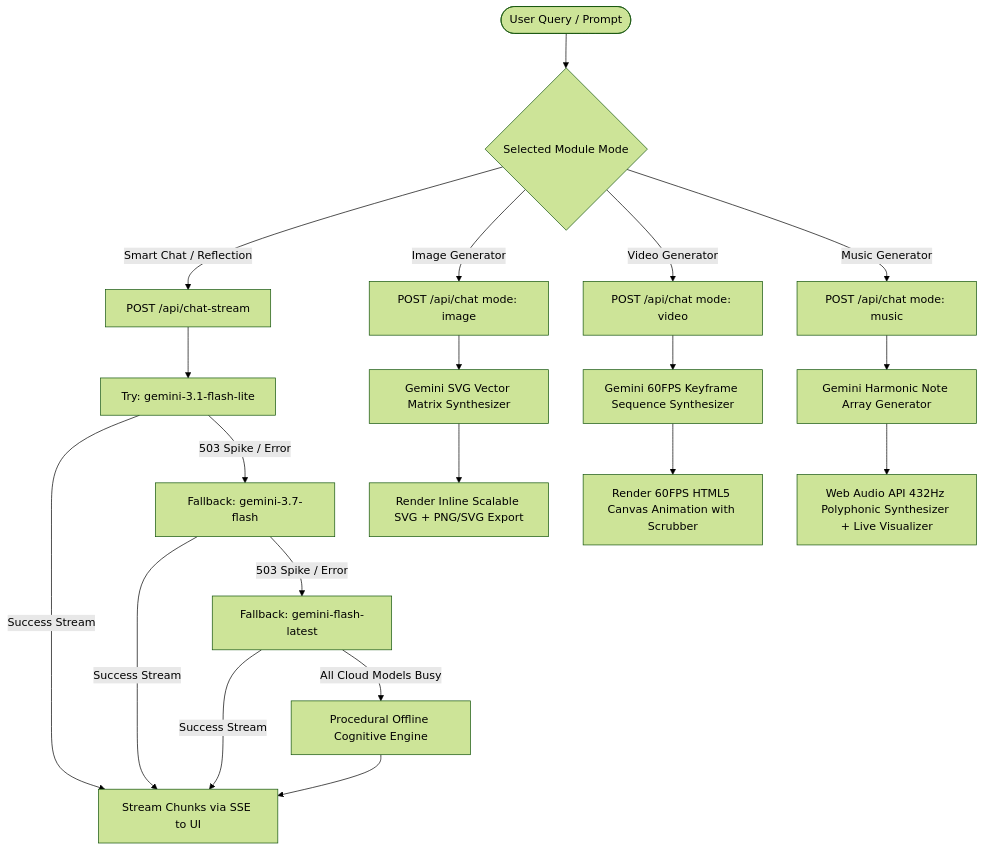
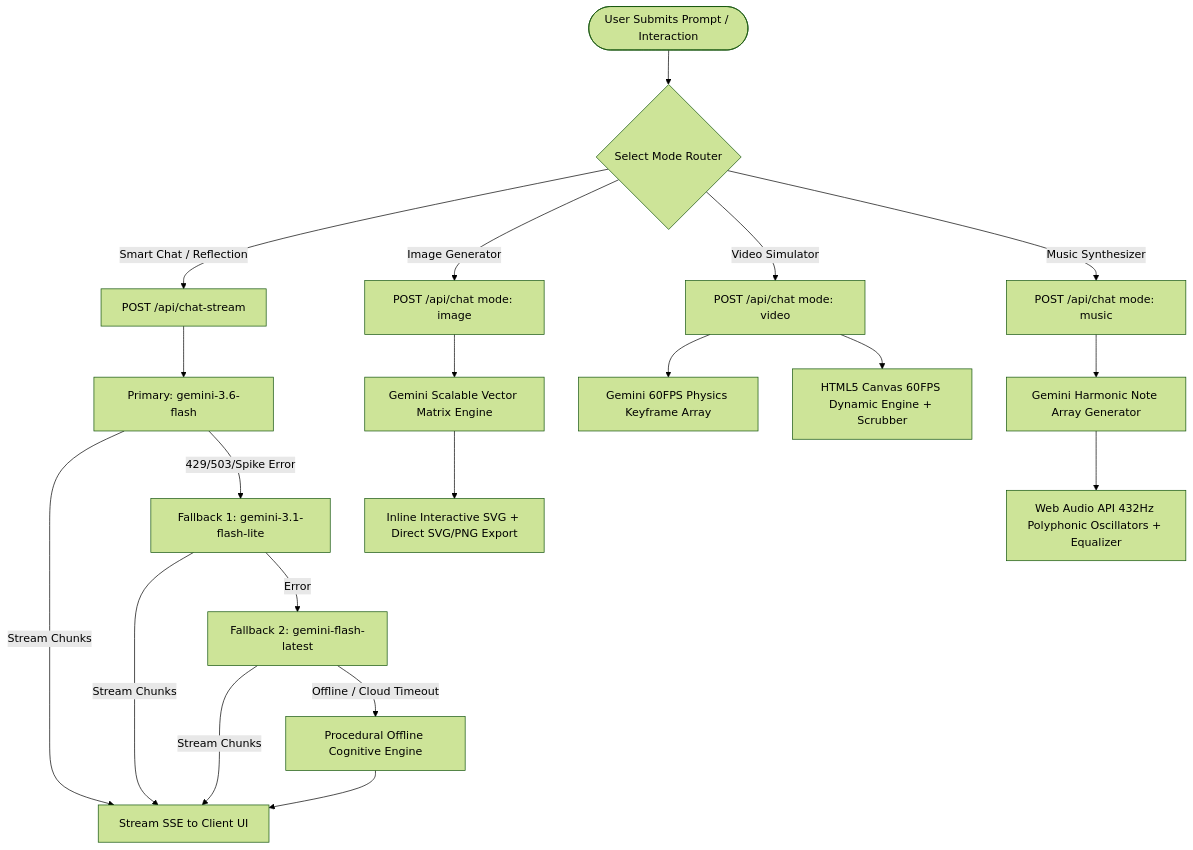
One commit to mauryasomkumar-pixel/somotoz changed the first of 5 diagrams in README.md. Above: the diagram before and after it, drawn with Mermaid (forest theme). The commit also changed other lines of this file and 14 other files, not shown here.

First line of the commit message:
feat(ui): update visual identity and procedural generation

````diff
--- a/README.md
+++ b/README.md
@@ -77,33 +79,30 @@
 ```mermaid
 flowchart TD
-    Start([User Query / Prompt]) --> ModeCheck{Selected Module Mode}
+    UserReq([User Submits Prompt / Interaction]) --> Router{Select Mode Router}
 
-    %% Text Chat & Streaming
-    ModeCheck -->|Smart Chat / Reflection| ChatReq[POST /api/chat-stream]
-    ChatReq --> ModelL1[Try: gemini-3.1-flash-lite]
-    
-    ModelL1 -- Success Stream --> SSEClient[Stream Chunks via SSE to UI]
-    ModelL1 -- 503 Spike / Error --> ModelL2[Fallback: gemini-3.7-flash]
-    
-    ModelL2 -- Success Stream --> SSEClient
-    ModelL2 -- 503 Spike / Error --> ModelL3[Fallback: gemini-flash-latest]
-    
-    ModelL3 -- Success Stream --> SSEClient
-    ModelL3 -- All Cloud Models Busy --> ProceduralEngine[Procedural Offline Cognitive Engine]
-    ProceduralEngine --> SSEClient
+    %% Smart Chat Path
+    Router -->|Smart Chat / Reflection| StreamEP[POST /api/chat-stream]
+    StreamEP --> ModelL1[Primary: gemini-3.6-flash]
+    ModelL1 -- Stream Chunks --> SSEOut[Stream SSE to Client UI]
+    ModelL1 -- 429/503/Spike Error --> ModelL2[Fallback 1: gemini-3.1-flash-lite]
+    ModelL2 -- Stream Chunks --> SSEOut
+    ModelL2 -- Error --> ModelL3[Fallback 2: gemini-flash-latest]
+    ModelL3 -- Stream Chunks --> SSEOut
+    ModelL3 -- Offline / Cloud Timeout --> OfflineEngine[Procedural Offline Cognitive Engine]
+    OfflineEngine --> SSEOut
 
-    %% Image Generation
-    ModeCheck -->|Image Generator| ImgReq[POST /api/chat mode: image]
-    ImgReq --> ImgAI[Gemini SVG Vector Matrix Synthesizer]
-    ImgAI --> ImgOut[Render Inline Scalable SVG + PNG/SVG Export]
+    %% SVG Vector Path
+    Router -->|Image Generator| ImgReq[POST /api/chat mode: image]
+    ImgReq --> VectorSynth[Gemini Scalable Vector Matrix Engine]
+    VectorSynth --> SvgRender[Inline Interactive SVG + Direct SVG/PNG Export]
 
-    %% Video Generation
-    ModeCheck -->|Video Generator| VidReq[POST /api/chat mode: video]
-    VidReq --> VidAI[Gemini 60FPS Keyframe Sequence Synthesizer]
-    VidAI --> VidOut[Render 60FPS HTML5 Canvas Animation with Scrubber]
+    %% 60FPS Video Keyframing Path
+    Router -->|Video Simulator| VidReq[POST /api/chat mode: video]
+    VidReq --> PhysicsKeyframe[Gemini 60FPS Physics Keyframe Array]
+    VidReq --> CanvasSim[HTML5 Canvas 60FPS Dynamic Engine + Scrubber]
 
-    %% Music Generation
-    ModeCheck -->|Music Generator| MusReq[POST /api/chat mode: music]
-    MusReq --> MusAI[Gemini Harmonic Note Array Generator]
-    MusAI --> MusOut[Web Audio API 432Hz Polyphonic Synthesizer + Live Visualizer]
+    %% 432Hz Harmonic Sound Path
+    Router -->|Music Synthesizer| MusReq[POST /api/chat mode: music]
+    MusReq --> ScoreGen[Gemini Harmonic Note Array Generator]
+    ScoreGen --> WebAudio[Web Audio API 432Hz Polyphonic Oscillators + Equalizer]
 ```
````
